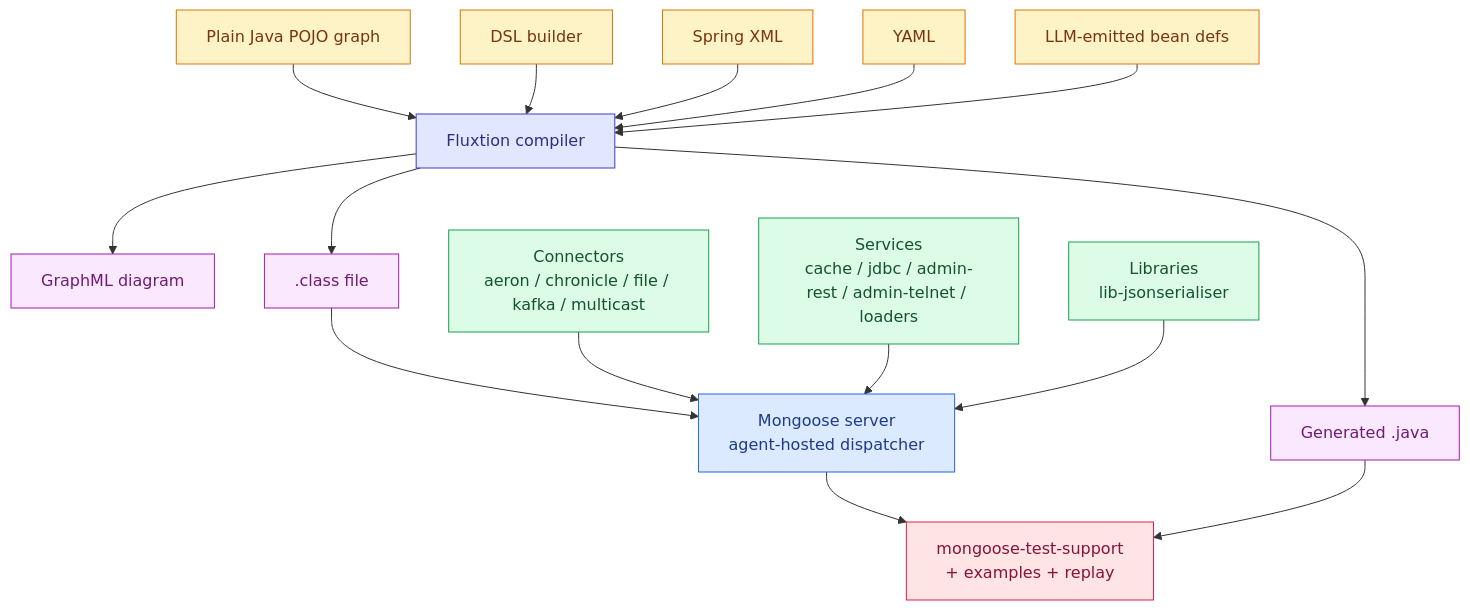
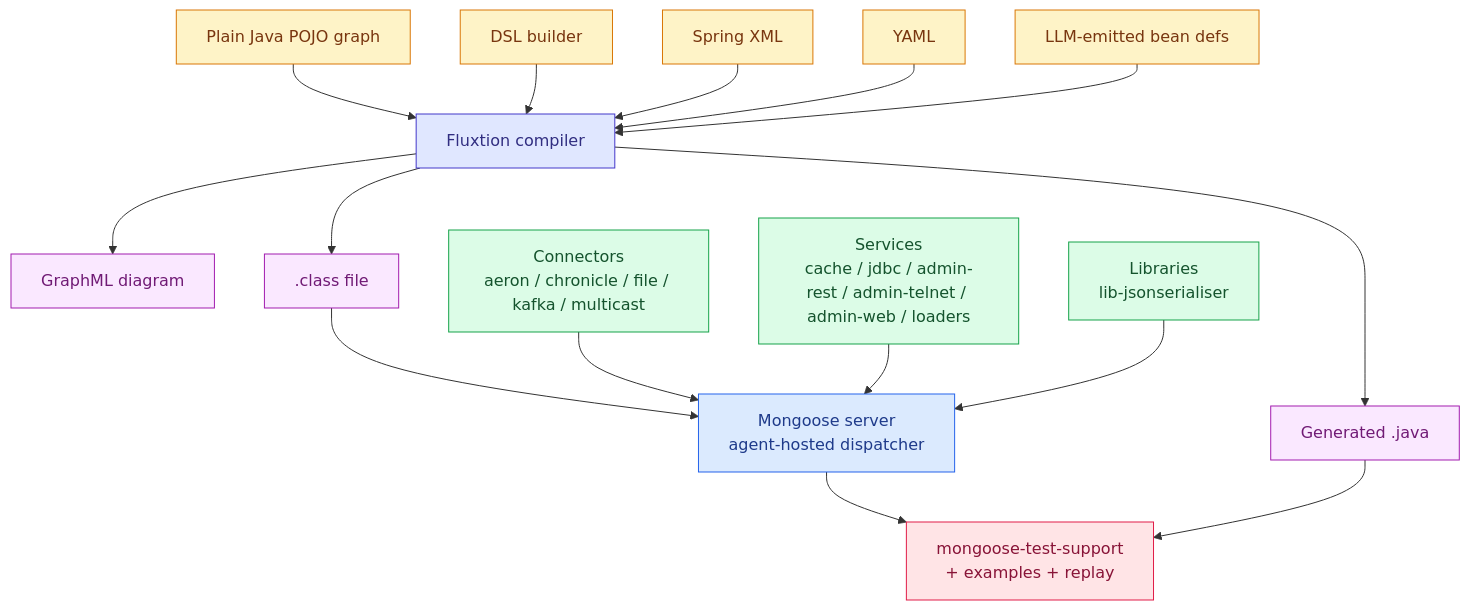
One commit to telaminai/mongoose-plugins changed the second of 10 diagrams in docs/the-stack.md. Above: the diagram before and after it, drawn with Mermaid. The commit also changed other lines of this file and 8 other files, not shown here.

First line of the commit message:
docs: integrate svc-admin-web mentions across documentation

````diff
--- a/docs/the-stack.md
+++ b/docs/the-stack.md
@@ -55,47 +55,47 @@
 ```mermaid
 flowchart TB
     classDef authoring fill:#fef3c7,stroke:#d97706,color:#78350f
     classDef compile   fill:#e0e7ff,stroke:#4338ca,color:#312e81
     classDef artifact  fill:#fae8ff,stroke:#a21caf,color:#701a75
     classDef runtime   fill:#dbeafe,stroke:#2563eb,color:#1e3a8a
     classDef plugins   fill:#dcfce7,stroke:#16a34a,color:#14532d
     classDef tools     fill:#ffe4e6,stroke:#e11d48,color:#881337
 
     A1[Plain Java POJO graph]:::authoring
     A2[DSL builder]:::authoring
     A3[Spring XML]:::authoring
     A4[YAML]:::authoring
     A5[LLM-emitted bean defs]:::authoring
 
     C[Fluxtion compiler]:::compile
 
     R1[Generated .java]:::artifact
     R2[GraphML diagram]:::artifact
     R3[.class file]:::artifact
 
     M[Mongoose server<br/>agent-hosted dispatcher]:::runtime
 
     P1[Connectors<br/>aeron / chronicle / file / kafka / multicast]:::plugins
-    P2[Services<br/>cache / jdbc / admin-rest / admin-telnet / loaders]:::plugins
+    P2[Services<br/>cache / jdbc / admin-rest / admin-telnet / admin-web / loaders]:::plugins
     P3[Libraries<br/>lib-jsonserialiser]:::plugins
 
     T[mongoose-test-support<br/>+ examples + replay]:::tools
 
     A1 --> C
     A2 --> C
     A3 --> C
     A4 --> C
     A5 --> C
 
     C --> R1
     C --> R2
     C --> R3
 
     R3 --> M
     P1 --> M
     P2 --> M
     P3 --> M
 
     M --> T
     R1 --> T
 ```
````
